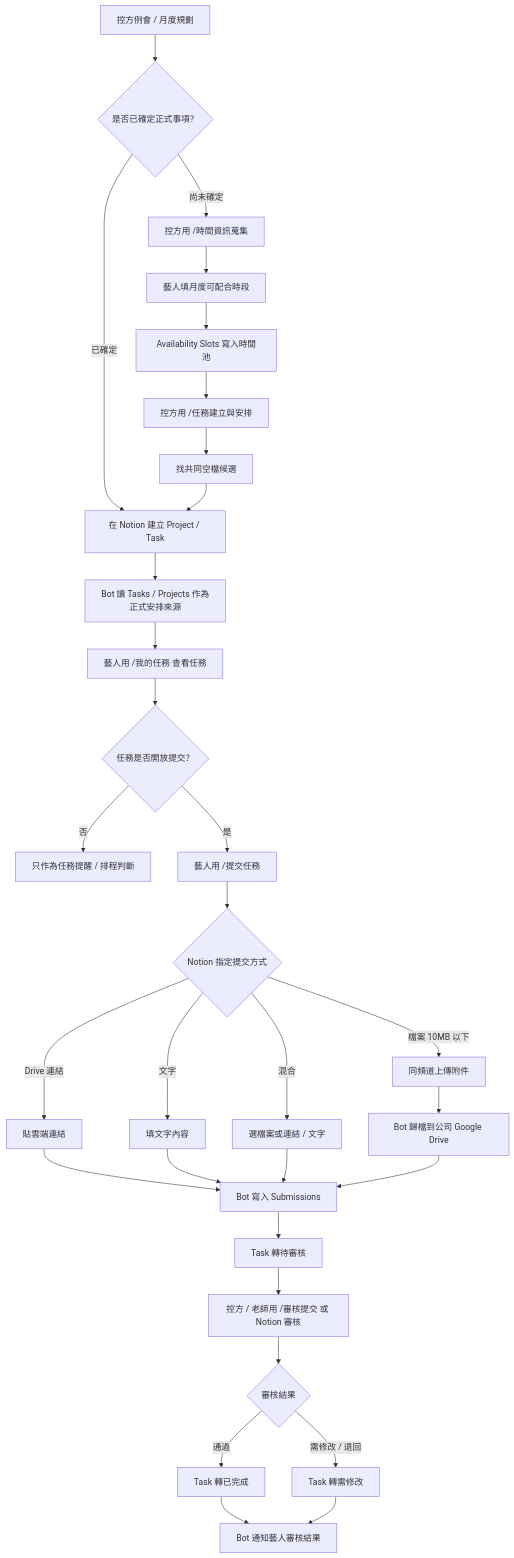
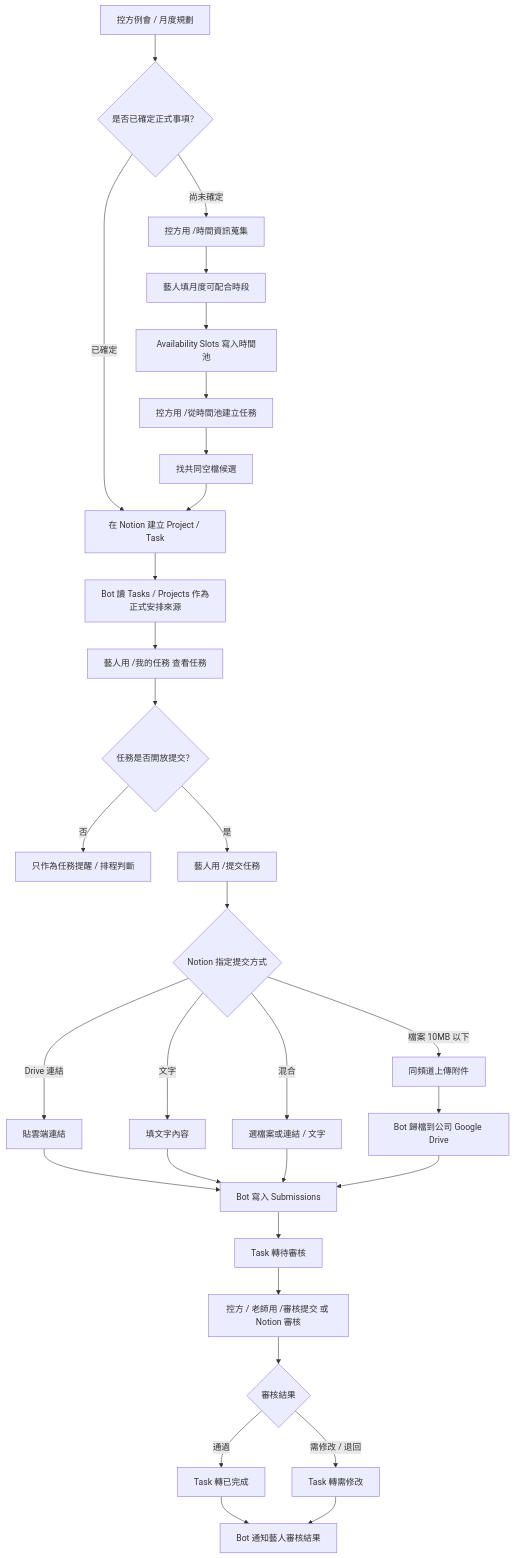
One commit to johnnysun0621/kari-kari-ai-ops changed the first of 3 diagrams in FLOWCHART.md. Above: the diagram before and after it, drawn with Mermaid. The commit also changed other lines of this file and 27 other files, not shown here.

Commit message:
fix task acknowledgement resend flow

````diff
--- a/FLOWCHART.md
+++ b/FLOWCHART.md
@@ -8,37 +8,37 @@
 ```mermaid
 flowchart TD
     A["控方例會 / 月度規劃"] --> B{"是否已確定正式事項？"}
 
     B -->|已確定| C["在 Notion 建立 Project / Task"]
     C --> D["Bot 讀 Tasks / Projects 作為正式安排來源"]
     D --> E["藝人用 /我的任務 查看任務"]
     E --> F{"任務是否開放提交？"}
     F -->|否| G["只作為任務提醒 / 排程判斷"]
     F -->|是| H["藝人用 /提交任務"]
 
     H --> I{"Notion 指定提交方式"}
     I -->|檔案 10MB 以下| J["同頻道上傳附件"]
     I -->|Drive 連結| K["貼雲端連結"]
     I -->|文字| L["填文字內容"]
     I -->|混合| M["選檔案或連結 / 文字"]
 
     J --> N["Bot 歸檔到公司 Google Drive"]
     K --> O["Bot 寫入 Submissions"]
     L --> O
     M --> O
     N --> O
     O --> P["Task 轉待審核"]
     P --> Q["控方 / 老師用 /審核提交 或 Notion 審核"]
     Q --> R{"審核結果"}
     R -->|通過| S["Task 轉已完成"]
     R -->|需修改 / 退回| T["Task 轉需修改"]
     S --> U["Bot 通知藝人審核結果"]
     T --> U
 
     B -->|尚未確定| V["控方用 /時間資訊蒐集"]
     V --> W["藝人填月度可配合時段"]
     W --> X["Availability Slots 寫入時間池"]
-    X --> Y["控方用 /任務建立與安排"]
+    X --> Y["控方用 /從時間池建立任務"]
     Y --> Z["找共同空檔候選"]
     Z --> C
 ```
````
